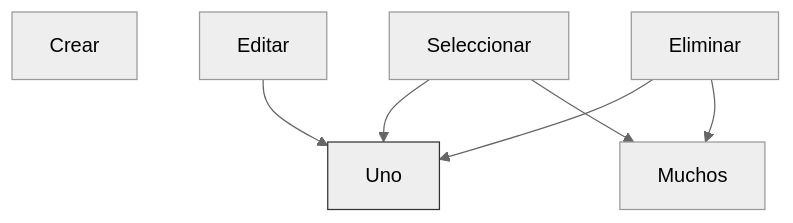
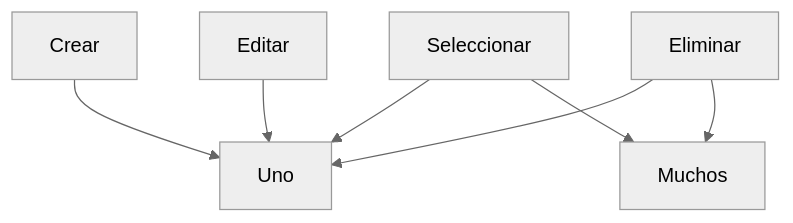
The first of 2 diagrams in docs/ROUTES.md (DiegoSHS/BIGOW), drawn with Mermaid (neutral theme) before and after one commit.

````diff
--- a/docs/ROUTES.md
+++ b/docs/ROUTES.md
@@ -6,11 +6,9 @@
 ```mermaid
 graph TD
-    Crear
+    Crear-->Uno
     Seleccionar-->Uno
     Seleccionar-->Muchos
     Editar-->Uno
     Eliminar-->Uno
     Eliminar-->Muchos
-
-    style Uno stroke:#333 
 ```
````
